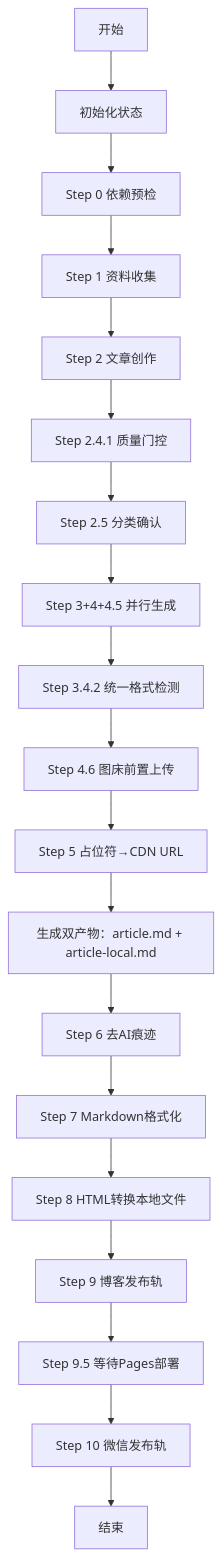
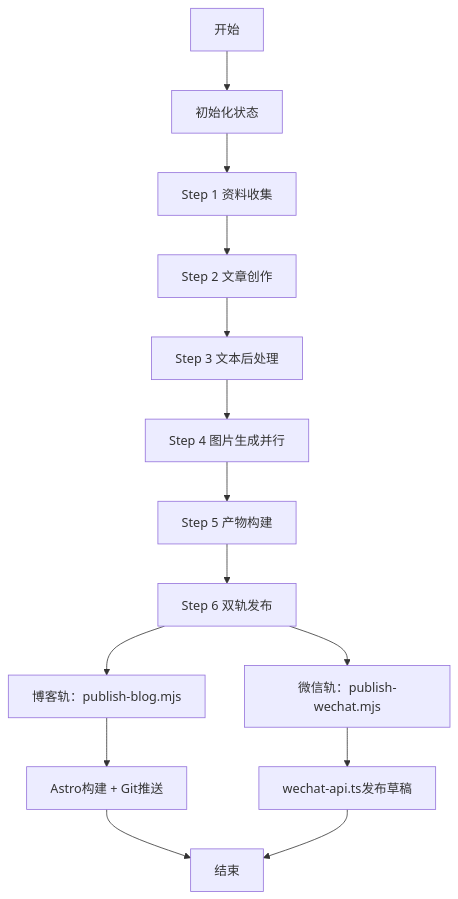
Before and after one commit to NTLx/ntlx.github.io: the third of 6 diagrams in .qoder/repowiki/zh/content/AI 技能系统/发布自动化技能/发布自动化技能.md, drawn with Mermaid. The commit also changed other lines of this file and 16 other files, not shown here.

````diff
--- a/.qoder/repowiki/zh/content/AI 技能系统/发布自动化技能/发布自动化技能.md
+++ b/.qoder/repowiki/zh/content/AI 技能系统/发布自动化技能/发布自动化技能.md
@@ -203,21 +193,16 @@
 ```mermaid
 flowchart TD
 S["开始"] --> L["初始化状态"]
-L --> M["Step 0 依赖预检"]
-M --> N["Step 1 资料收集"]
-N --> O["Step 2 文章创作"]
-O --> P["Step 2.4.1 质量门控"]
-P --> Q["Step 2.5 分类确认"]
-Q --> R["Step 3+4+4.5 并行生成"]
-R --> S1["Step 3.4.2 统一格式检测"]
-S1 --> T["Step 4.6 图床前置上传"]
-T --> U["Step 5 占位符→CDN URL"]
-U --> V["生成双产物：article.md + article-local.md"]
-V --> W["Step 6 去AI痕迹"]
-W --> X["Step 7 Markdown格式化"]
-X --> Y["Step 8 HTML转换本地文件"]
-Y --> Z["Step 9 博客发布轨"]
-Z --> AA["Step 9.5 等待Pages部署"]
-AA --> BB["Step 10 微信发布轨"]
-BB --> CC["结束"]
+L --> M["Step 1 资料收集"]
+M --> O["Step 2 文章创作"]
+O --> P["Step 3 文本后处理"]
+P --> R["Step 4 图片生成并行"]
+R --> S1["Step 5 产物构建"]
+S1 --> Z["Step 6 双轨发布"]
+Z --> A["博客轨：publish-blog.mjs"]
+Z --> B["微信轨：publish-wechat.mjs"]
+A --> C["Astro构建 + Git推送"]
+B --> D["wechat-api.ts发布草稿"]
+C --> E["结束"]
+D --> E
 ```
````
